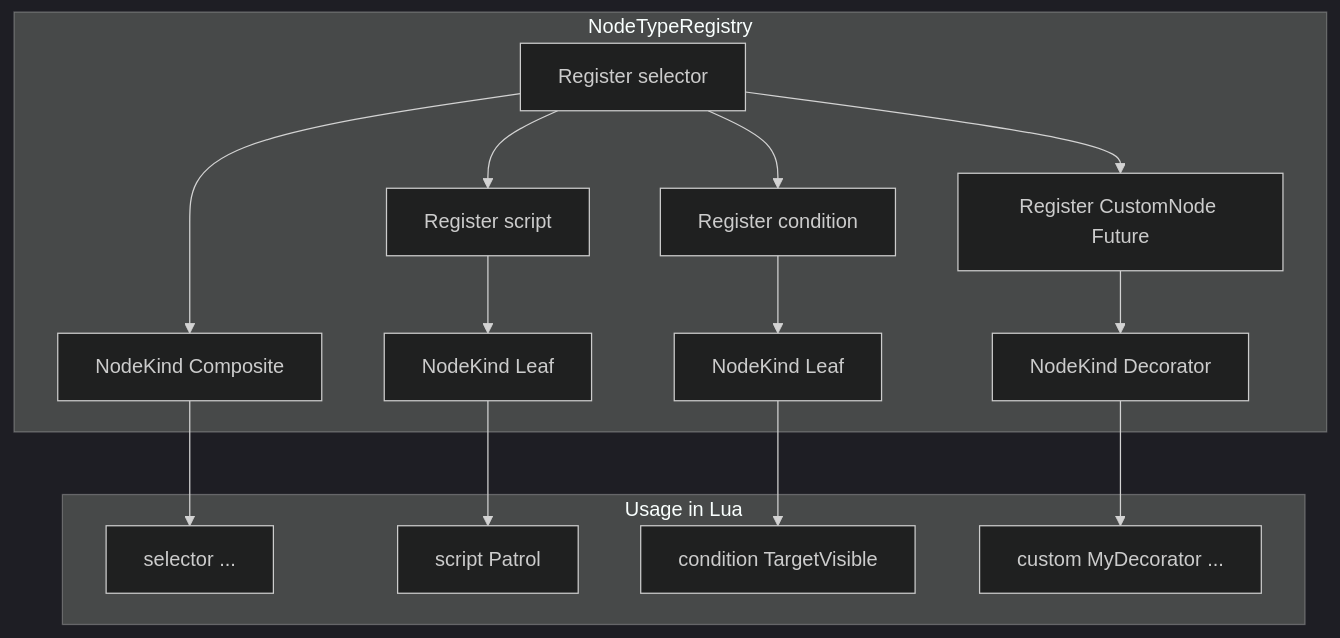
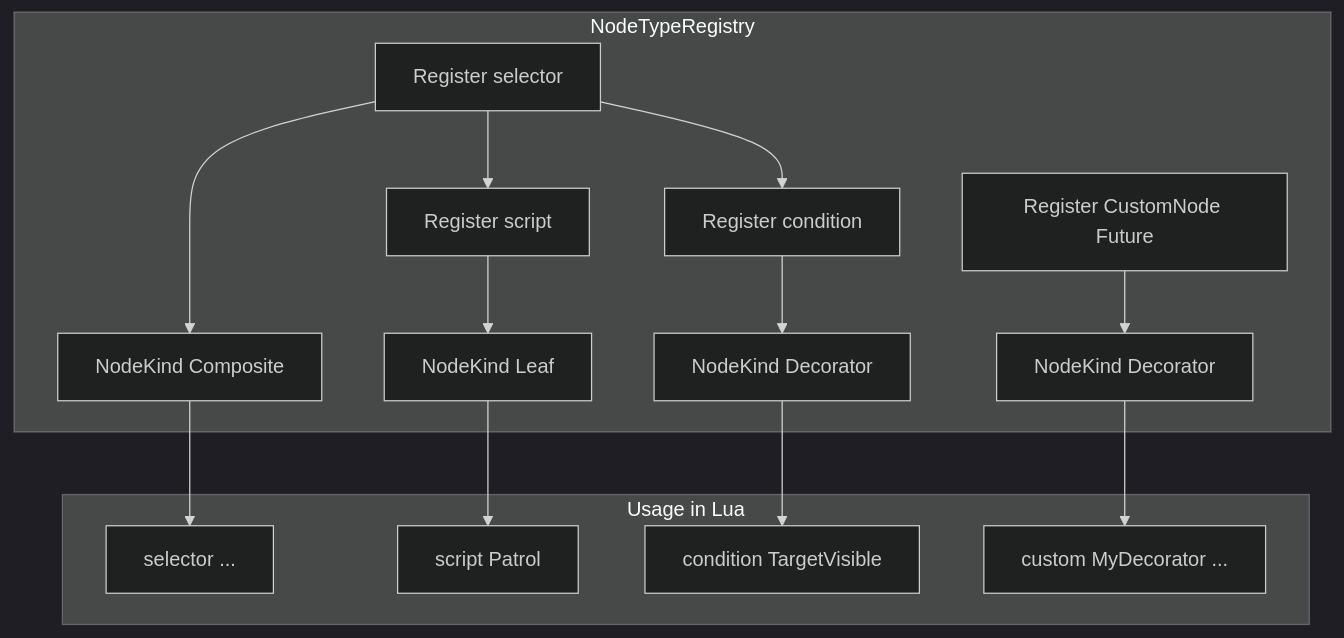
The fourth of 4 diagrams in Docs/00 - Theory/Extensibility Model.md (jabbadablack/G.O.A.T), drawn with Mermaid (dark theme) before and after one commit. The commit also changed other lines of this file and 82 other files, not shown here.

````diff
--- a/Docs/00 - Theory/Extensibility Model.md
+++ b/Docs/00 - Theory/Extensibility Model.md
@@ -299,16 +316,16 @@
 ```mermaid
 graph TD
     subgraph Registry[NodeTypeRegistry]
         A[Register selector] --> B[NodeKind Composite]
         A --> C[Register script] --> D[NodeKind Leaf]
-        A --> E[Register condition] --> F[NodeKind Leaf]
-        A --> G[Register CustomNode Future] --> H[NodeKind Decorator]
+        A --> E[Register condition] --> F[NodeKind Decorator]
+        G[Register CustomNode Future] --> H[NodeKind Decorator]
     end
 
     subgraph Authoring[Usage in Lua]
         B --> I[selector ...]
         D --> J[script Patrol]
         F --> K[condition TargetVisible]
         H --> L[custom MyDecorator ...]
     end
 ```
````
